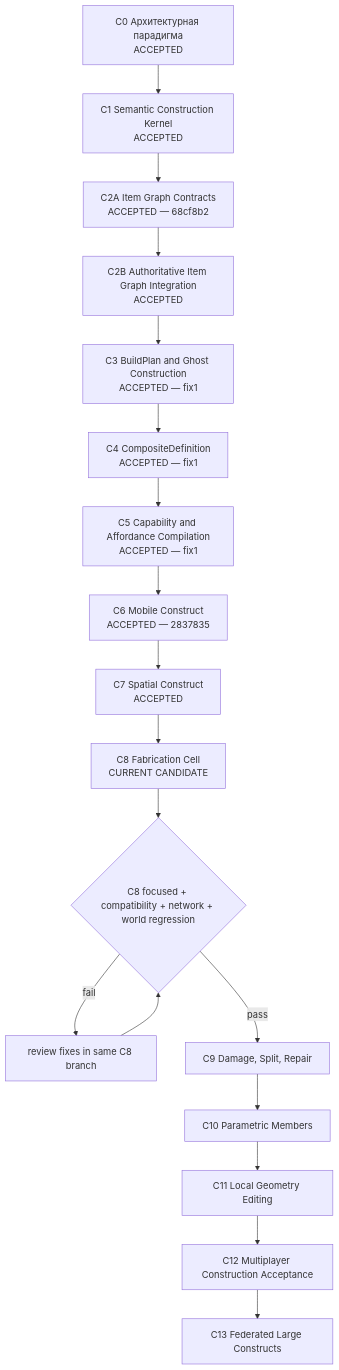
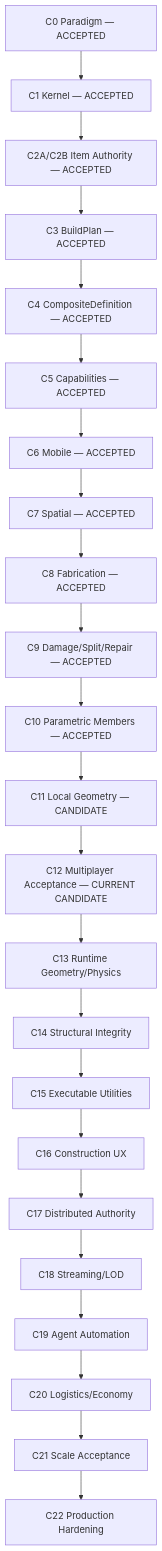
One commit to rootfabric/distributed-world-simulator changed the diagram in docs/plans/CONSTRUCTION_MAP_RU.md. Above: the diagram before and after it, drawn with Mermaid. The commit also changed other lines of this file and 37 other files, not shown here.

Commit message:
feat(construction): add multiplayer construction acceptance

````diff
--- a/docs/plans/CONSTRUCTION_MAP_RU.md
+++ b/docs/plans/CONSTRUCTION_MAP_RU.md
@@ -26,20 +32,25 @@
 ```mermaid
 flowchart TD
-    C0["C0 Архитектурная парадигма\nACCEPTED"] --> C1["C1 Semantic Construction Kernel\nACCEPTED"]
-    C1 --> C2A["C2A Item Graph Contracts\nACCEPTED — 68cf8b2"]
-    C2A --> C2B["C2B Authoritative Item Graph Integration\nACCEPTED"]
-    C2B --> C3["C3 BuildPlan and Ghost Construction\nACCEPTED — fix1"]
-    C3 --> C4["C4 CompositeDefinition\nACCEPTED — fix1"]
-    C4 --> C5["C5 Capability and Affordance Compilation\nACCEPTED — fix1"]
-    C5 --> C6["C6 Mobile Construct\nACCEPTED — 2837835"]
-    C6 --> C7["C7 Spatial Construct\nACCEPTED"]
-    C7 --> C8["C8 Fabrication Cell\nCURRENT CANDIDATE"]
-    C8 --> G8{"C8 focused + compatibility + network + world regression"}
-    G8 -- fail --> F8["review fixes in same C8 branch"]
-    F8 --> G8
-    G8 -- pass --> C9["C9 Damage, Split, Repair"]
-    C9 --> C10["C10 Parametric Members"]
-    C10 --> C11["C11 Local Geometry Editing"]
-    C11 --> C12["C12 Multiplayer Construction Acceptance"]
-    C12 --> C13["C13 Federated Large Constructs"]
+    C0["C0 Paradigm — ACCEPTED"] --> C1["C1 Kernel — ACCEPTED"]
+    C1 --> C2["C2A/C2B Item Authority — ACCEPTED"]
+    C2 --> C3["C3 BuildPlan — ACCEPTED"]
+    C3 --> C4["C4 CompositeDefinition — ACCEPTED"]
+    C4 --> C5["C5 Capabilities — ACCEPTED"]
+    C5 --> C6["C6 Mobile — ACCEPTED"]
+    C6 --> C7["C7 Spatial — ACCEPTED"]
+    C7 --> C8["C8 Fabrication — ACCEPTED"]
+    C8 --> C9["C9 Damage/Split/Repair — ACCEPTED"]
+    C9 --> C10["C10 Parametric Members — ACCEPTED"]
+    C10 --> C11["C11 Local Geometry — CANDIDATE"]
+    C11 --> C12["C12 Multiplayer Acceptance — CURRENT CANDIDATE"]
+    C12 --> C13["C13 Runtime Geometry/Physics"]
+    C13 --> C14["C14 Structural Integrity"]
+    C14 --> C15["C15 Executable Utilities"]
+    C15 --> C16["C16 Construction UX"]
+    C16 --> C17["C17 Distributed Authority"]
+    C17 --> C18["C18 Streaming/LOD"]
+    C18 --> C19["C19 Agent Automation"]
+    C19 --> C20["C20 Logistics/Economy"]
+    C20 --> C21["C21 Scale Acceptance"]
+    C21 --> C22["C22 Production Hardening"]
 ```
````
